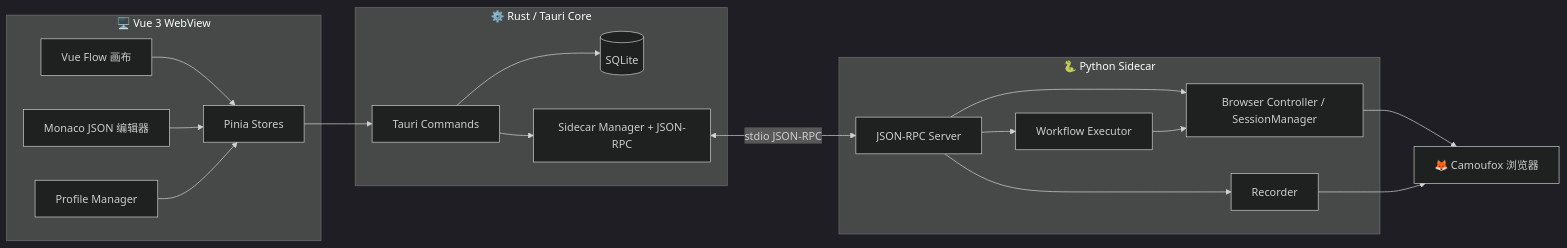
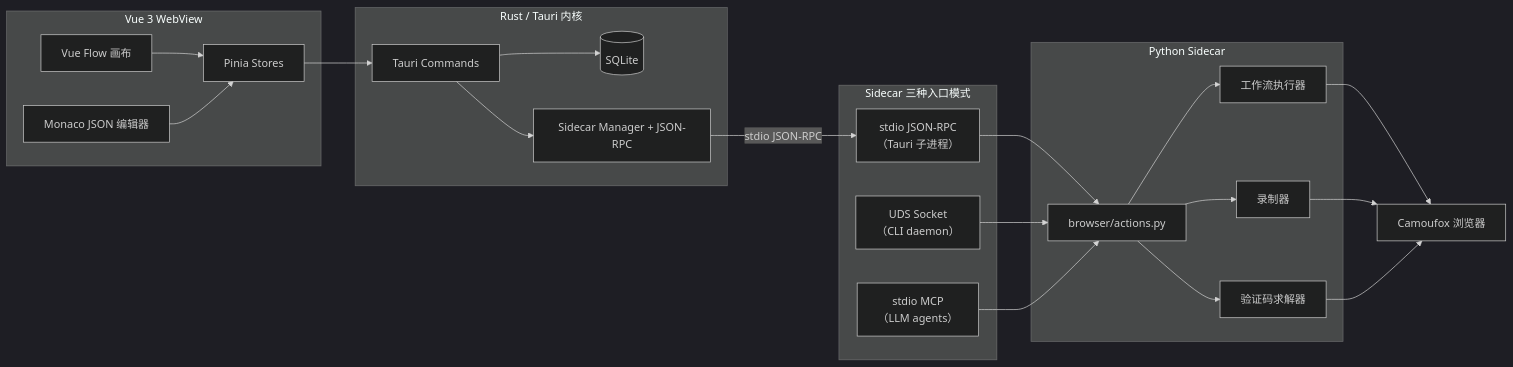
Before and after one commit to xia51hhh/Mimicry: the diagram in docs/README.zh-CN.md, drawn with Mermaid (dark theme). The commit also changed other lines of this file and 7 other files, not shown here.

````diff
--- a/docs/README.zh-CN.md
+++ b/docs/README.zh-CN.md
@@ -121,38 +136,45 @@
 ```mermaid
 flowchart LR
-    subgraph UI["🖥️ Vue 3 WebView"]
+    subgraph UI["Vue 3 WebView"]
         Canvas["Vue Flow 画布"]
         Editor["Monaco JSON 编辑器"]
         Stores["Pinia Stores"]
-        Profiles["Profile Manager"]
     end
 
-    subgraph Rust["⚙️ Rust / Tauri Core"]
+    subgraph Rust["Rust / Tauri 内核"]
         Commands["Tauri Commands"]
         DB[("SQLite")]
-        SidecarClient["Sidecar Manager + JSON-RPC"]
+        Sidecar["Sidecar Manager + JSON-RPC"]
     end
 
-    subgraph Python["🐍 Python Sidecar"]
-        RpcServer["JSON-RPC Server"]
-        Browser["Browser Controller / SessionManager"]
-        Recorder["Recorder"]
-        Executor["Workflow Executor"]
+    subgraph Python["Python Sidecar"]
+        Actions["browser/actions.py"]
+        Executor["工作流执行器"]
+        Recorder["录制器"]
+        Captcha["验证码求解器"]
     end
 
-    Camoufox["🦊 Camoufox 浏览器"]
+    subgraph Modes["Sidecar 三种入口模式"]
+        Stdio["stdio JSON-RPC<br/>（Tauri 子进程）"]
+        Daemon["UDS Socket<br/>（CLI daemon）"]
+        MCP["stdio MCP<br/>（LLM agents）"]
+    end
+
+    Camou["Camoufox 浏览器"]
 
     Canvas --> Stores
     Editor --> Stores
-    Profiles --> Stores
     Stores --> Commands
     Commands --> DB
-    Commands --> SidecarClient
-    SidecarClient <-- "stdio JSON-RPC" --> RpcServer
-    RpcServer --> Browser
-    RpcServer --> Recorder
-    RpcServer --> Executor
-    Browser --> Camoufox
-    Recorder --> Camoufox
-    Executor --> Browser
+    Commands --> Sidecar
+    Sidecar -- "stdio JSON-RPC" --> Stdio
+    Stdio --> Actions
+    Daemon --> Actions
+    MCP --> Actions
+    Actions --> Executor
+    Actions --> Recorder
+    Actions --> Captcha
+    Executor --> Camou
+    Recorder --> Camou
+    Captcha --> Camou
 ```
````
